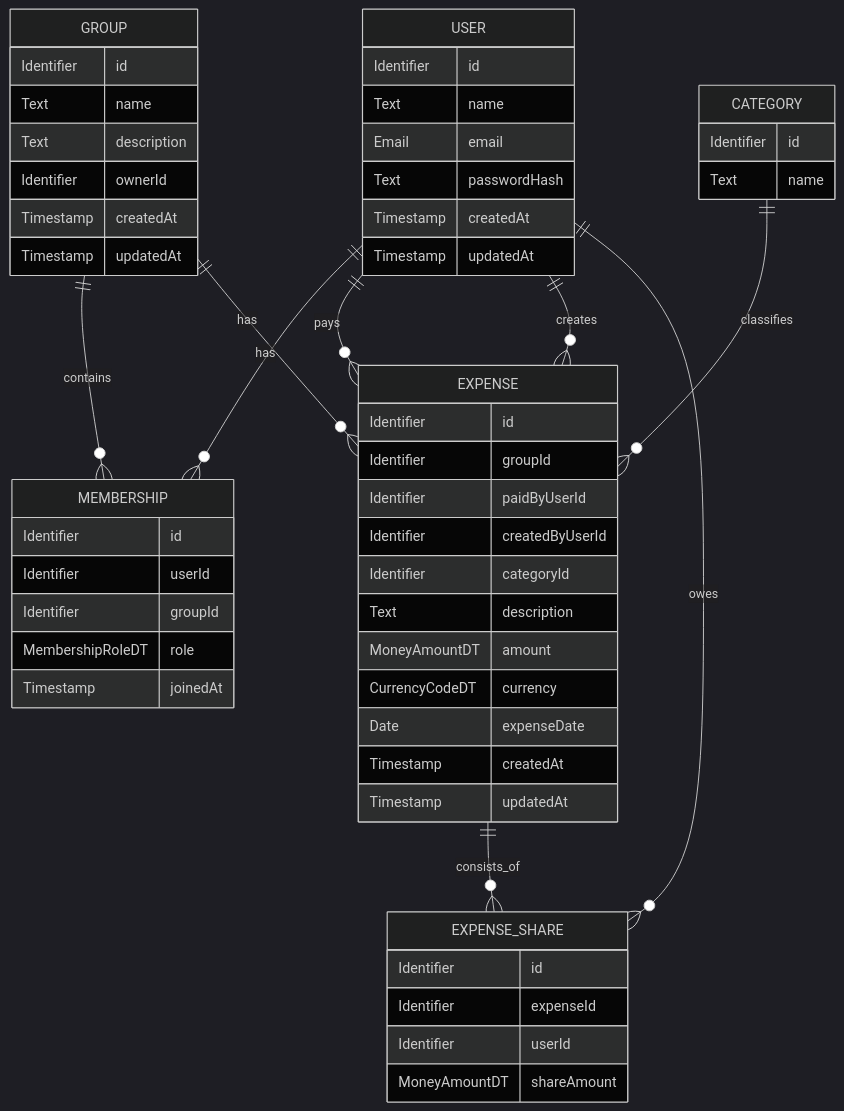
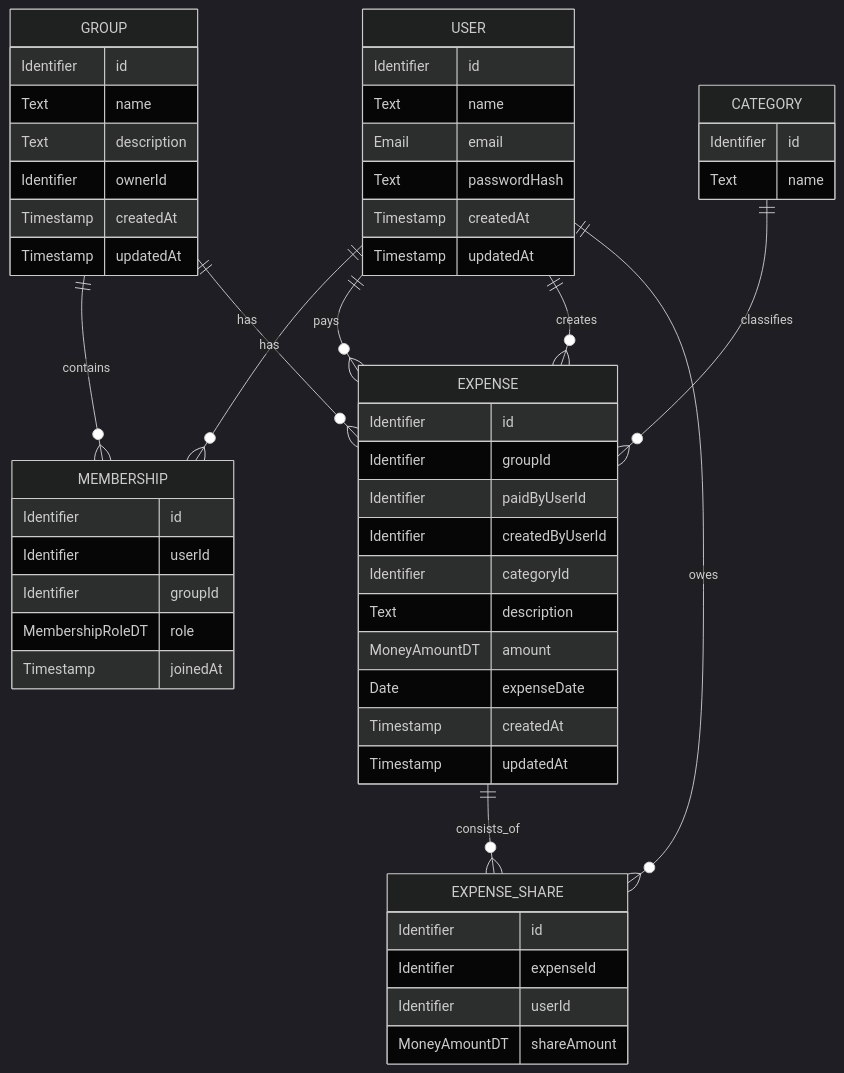
One commit to Bunyamin0101/WK_1106_CampusSplit changed the diagram in Spezifikation/D1_Datenmodell.md. Above: the diagram before and after it, drawn with Mermaid (dark theme). The commit also changed other lines of this file, not shown here.

````diff
--- a/Spezifikation/D1_Datenmodell.md
+++ b/Spezifikation/D1_Datenmodell.md
@@ -17,63 +17,62 @@
 ```mermaid
 erDiagram
     USER ||--o{ MEMBERSHIP : has
     GROUP ||--o{ MEMBERSHIP : contains
     GROUP ||--o{ EXPENSE : has
     USER ||--o{ EXPENSE : pays
     USER ||--o{ EXPENSE : creates
     EXPENSE ||--o{ EXPENSE_SHARE : consists_of
     USER ||--o{ EXPENSE_SHARE : owes
     CATEGORY ||--o{ EXPENSE : classifies
 
     USER {
         Identifier id
         Text name
         Email email
         Text passwordHash
         Timestamp createdAt
         Timestamp updatedAt
     }
 
     GROUP {
         Identifier id
         Text name
         Text description
         Identifier ownerId
         Timestamp createdAt
         Timestamp updatedAt
     }
 
     MEMBERSHIP {
         Identifier id
         Identifier userId
         Identifier groupId
         MembershipRoleDT role
         Timestamp joinedAt
     }
 
     EXPENSE {
         Identifier id
         Identifier groupId
         Identifier paidByUserId
         Identifier createdByUserId
         Identifier categoryId
         Text description
         MoneyAmountDT amount
-        CurrencyCodeDT currency
         Date expenseDate
         Timestamp createdAt
         Timestamp updatedAt
     }
 
     EXPENSE_SHARE {
         Identifier id
         Identifier expenseId
         Identifier userId
         MoneyAmountDT shareAmount
     }
 
     CATEGORY {
         Identifier id
         Text name
     }
 ```
````
